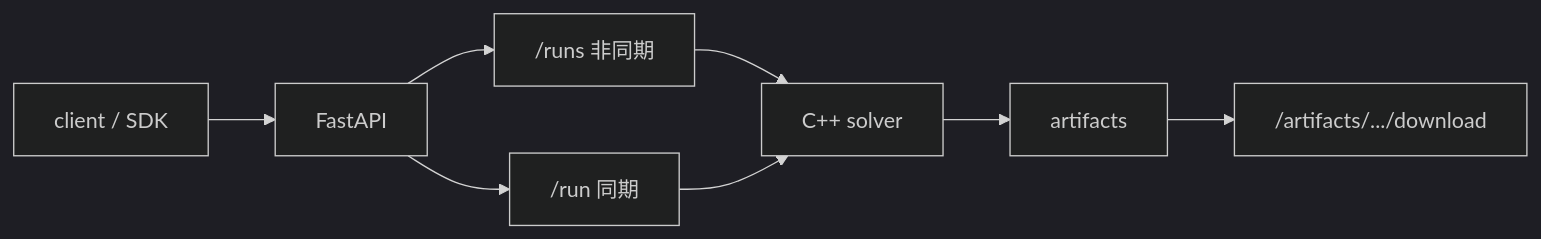
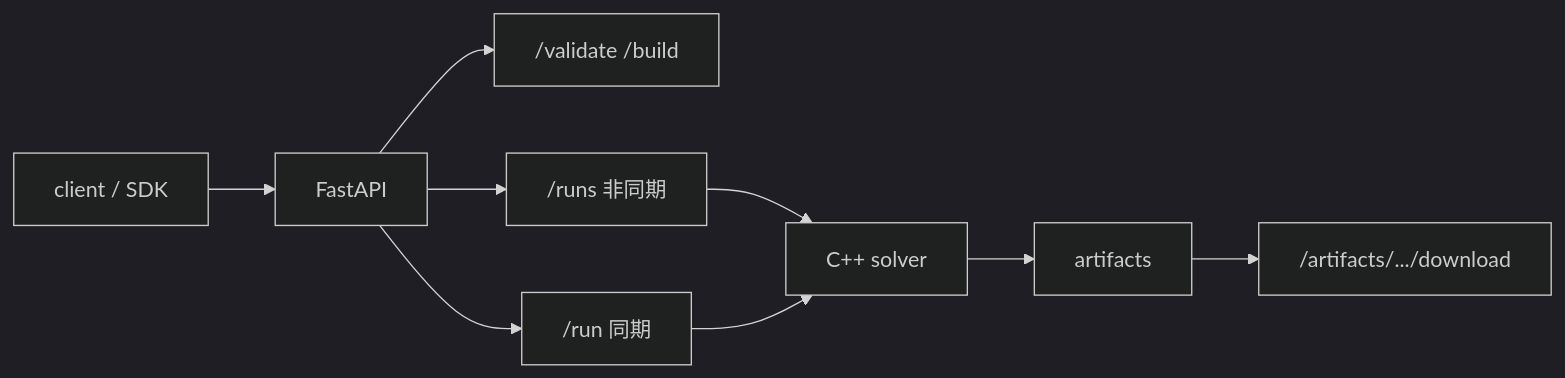
The diagram in engine/docs/api_reference.md (iguchi-lab/vtsimnx), drawn with Mermaid (dark theme) before and after one commit. The commit also changed other lines of this file and 60 other files, not shown here.

````diff
--- a/engine/docs/api_reference.md
+++ b/engine/docs/api_reference.md
@@ -5,10 +7,11 @@
 ```mermaid
 flowchart LR
     CLI["client / SDK"] --> API["FastAPI"]
+    API --> VAL["/validate /build"]
     API --> JOB["/runs 非同期"]
     API --> SYNC["/run 同期"]
     JOB --> SOL["C++ solver"]
     SYNC --> SOL
     SOL --> ART["artifacts"]
     ART --> DL["/artifacts/.../download"]
 ```
````
